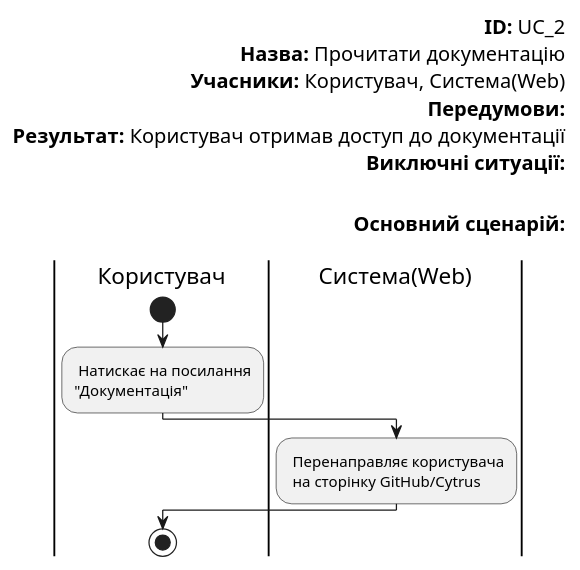
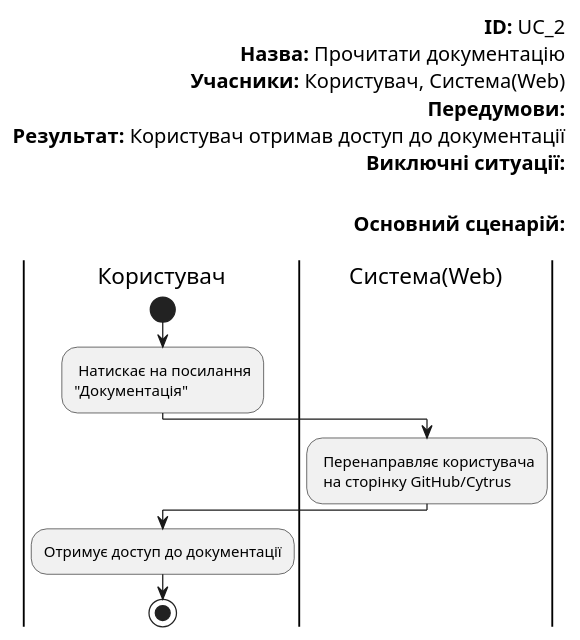
The diagram in doc/uml/UC_2.puml (NeProgramist/Cytrus), drawn with PlantUML before and after one commit.

Commit message:
add last action on user side

```diff
--- a/doc/uml/UC_2.puml
+++ b/doc/uml/UC_2.puml
@@ -1,28 +1,29 @@
 @startuml
 
 left header
 <font color=000 size=16><b>ID:</b> UC_2
 <font color=000 size=16><b>Назва:</b> Прочитати документацію
 <font color=000 size=16><b>Учасники:</b> Користувач, Система(Web)
 <font color=000 size=16><b>Передумови:</b>
 <font color=000 size=16><b>Результат:</b> Користувач отримав доступ до документації
 <font color=000 size=16><b>Виключні ситуації:</b>
 <font color=red size=16>
 
 <font color=000 size=16><b>Основний сценарій:</b>
 
 end header
 
 |Користувач|
 start
 : Натискає на посилання
 "Документація";
 
 |Система(Web)|
 : Перенаправляє користувача
  на сторінку GitHub/Cytrus;
 
 |Користувач|
+:Отримує доступ до документації;
 stop;
 
 @enduml
```
